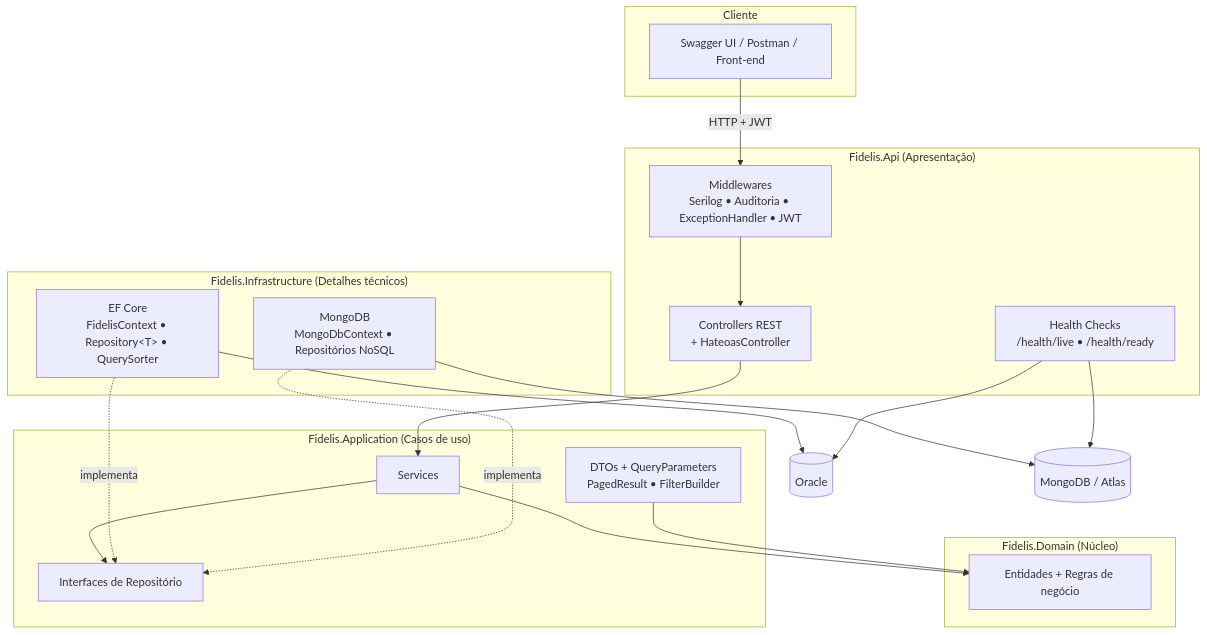
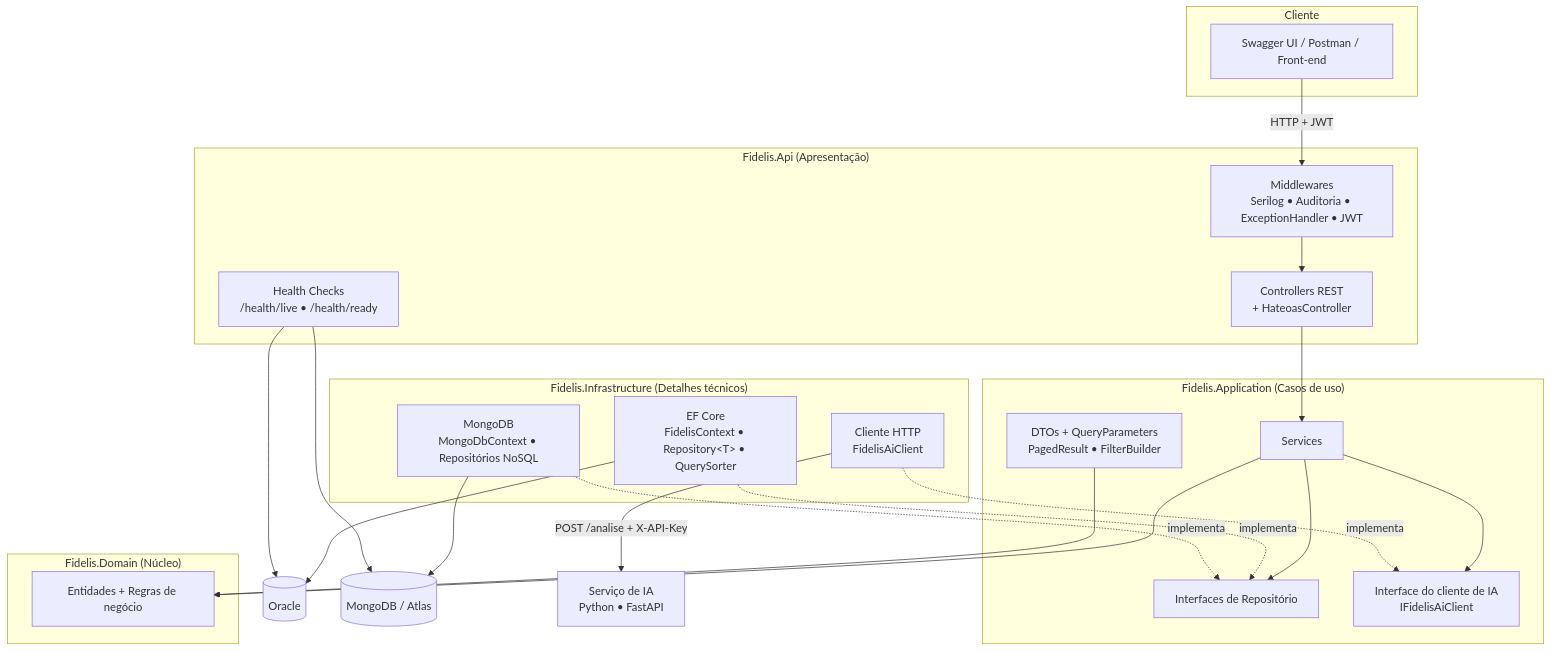
Before and after one commit to Driven-Soft/FidelisApi-NET: the first of 2 diagrams in README.md, drawn with Mermaid. The commit also changed other lines of this file, not shown here.

Commit message:
docs: atualizado readme com diagrama, endpoints e estrutura da integração com a IA

````diff
--- a/README.md
+++ b/README.md
@@ -70,41 +70,47 @@
 ```mermaid
 flowchart TB
     subgraph Cliente
         SW[Swagger UI / Postman / Front-end]
     end
 
     subgraph API["Fidelis.Api (Apresentação)"]
         MW[Middlewares<br/>Serilog • Auditoria • ExceptionHandler • JWT]
         CT[Controllers REST<br/>+ HateoasController]
         HC[Health Checks<br/>/health/live • /health/ready]
     end
 
     subgraph APP["Fidelis.Application (Casos de uso)"]
         SV[Services]
         DTO[DTOs + QueryParameters<br/>PagedResult • FilterBuilder]
         IR[Interfaces de Repositório]
+        IC[Interface do cliente de IA<br/>IFidelisAiClient]
     end
 
     subgraph DOM["Fidelis.Domain (Núcleo)"]
         EN[Entidades + Regras de negócio]
     end
 
     subgraph INF["Fidelis.Infrastructure (Detalhes técnicos)"]
         EF[EF Core<br/>FidelisContext • Repository&lt;T&gt; • QuerySorter]
         MG[MongoDB<br/>MongoDbContext • Repositórios NoSQL]
+        AC[Cliente HTTP<br/>FidelisAiClient]
     end
 
     ORA[(Oracle)]
     MDB[(MongoDB / Atlas)]
+    IAS[Serviço de IA<br/>Python • FastAPI]
 
     SW -->|HTTP + JWT| MW --> CT --> SV
     SV --> IR
+    SV --> IC
     SV --> EN
     DTO --> EN
     EF -. implementa .-> IR
     MG -. implementa .-> IR
+    AC -. implementa .-> IC
     EF --> ORA
+    AC -->|POST /analise + X-API-Key| IAS
     MG --> MDB
     HC --> ORA
     HC --> MDB
 ```
````
